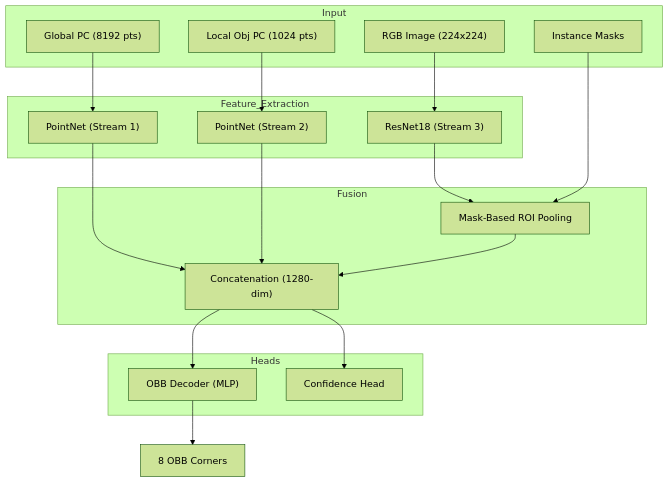
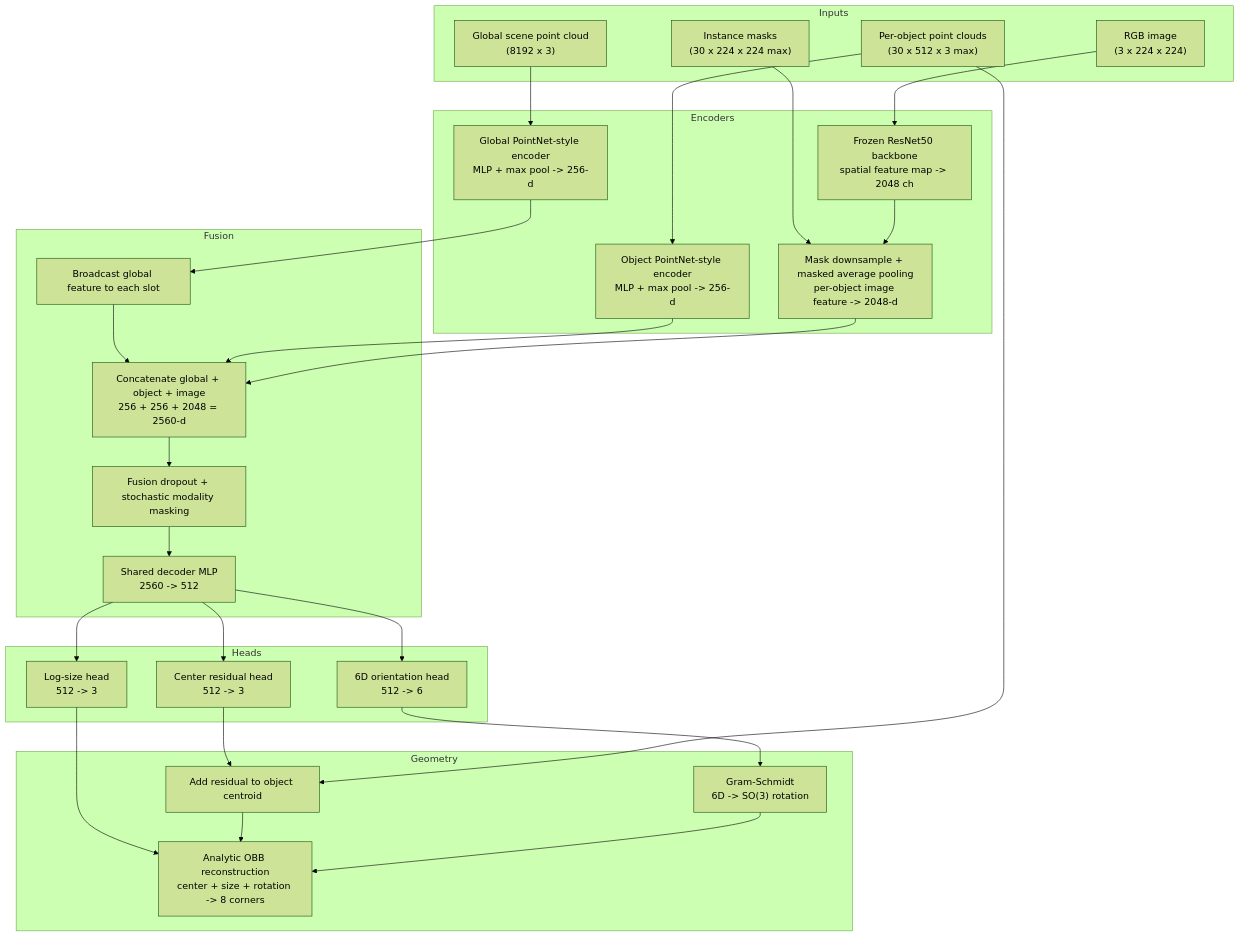
The diagram in architecture.md (TareqKomboz/Sereact), drawn with Mermaid (forest theme) before and after one commit. The commit also changed other lines of this file and 1 other file, not shown here.

````diff
--- a/architecture.md
+++ b/architecture.md
@@ -9,40 +9,60 @@
 ```mermaid
 graph TD
-    subgraph Input
-        PC["Global PC (8192 pts)"]
-        OBJ_PC["Local Obj PC (1024 pts)"]
-        RGB["RGB Image (224x224)"]
-        MASK["Instance Masks"]
+    subgraph Inputs
+        PC["Global scene point cloud<br/>(8192 x 3)"]
+        OBJ_PC["Per-object point clouds<br/>(30 x 512 x 3 max)"]
+        RGB["RGB image<br/>(3 x 224 x 224)"]
+        MASK["Instance masks<br/>(30 x 224 x 224 max)"]
     end
 
-    subgraph Feature_Extraction
-        PN1["PointNet (Stream 1)"]
-        PN2["PointNet (Stream 2)"]
-        RN["ResNet18 (Stream 3)"]
+    subgraph Encoders
+        PN1["Global PointNet-style encoder<br/>MLP + max pool -> 256-d"]
+        PN2["Object PointNet-style encoder<br/>MLP + max pool -> 256-d"]
+        RN["Frozen ResNet50 backbone<br/>spatial feature map -> 2048 ch"]
+        MPOOL["Mask downsample + masked average pooling<br/>per-object image feature -> 2048-d"]
     end
 
     subgraph Fusion
-        POOL["Mask-Based ROI Pooling"]
-        CAT["Concatenation (1280-dim)"]
+        EXP["Broadcast global feature to each slot"]
+        CAT["Concatenate global + object + image<br/>256 + 256 + 2048 = 2560-d"]
+        DROP["Fusion dropout + stochastic modality masking"]
+        SHARED["Shared decoder MLP<br/>2560 -> 512"]
     end
 
     subgraph Heads
-        DEC["OBB Decoder (MLP)"]
-        CONF["Confidence Head"]
+        CENTER["Center residual head<br/>512 -> 3"]
+        SIZE["Log-size head<br/>512 -> 3"]
+        ORIENT["6D orientation head<br/>512 -> 6"]
+    end
+
+    subgraph Geometry
+        RESID["Add residual to object centroid"]
+        GS["Gram-Schmidt<br/>6D -> SO(3) rotation"]
+        CORNERS["Analytic OBB reconstruction<br/>center + size + rotation -> 8 corners"]
     end
 
     PC --> PN1
     OBJ_PC --> PN2
     RGB --> RN
-    RN --> POOL
-    MASK --> POOL
-    
-    PN1 --> CAT
+    MASK --> MPOOL
+    RN --> MPOOL
+
+    PN1 --> EXP
+    EXP --> CAT
     PN2 --> CAT
-    POOL --> CAT
-    
-    CAT --> DEC
-    CAT --> CONF
-    
-    DEC --> OBB["8 OBB Corners"]
+    MPOOL --> CAT
+
+    CAT --> DROP
+    DROP --> SHARED
+
+    SHARED --> CENTER
+    SHARED --> SIZE
+    SHARED --> ORIENT
+
+    CENTER --> RESID
+    OBJ_PC --> RESID
+    SIZE --> CORNERS
+    ORIENT --> GS
+    RESID --> CORNERS
+    GS --> CORNERS
 ```
````
